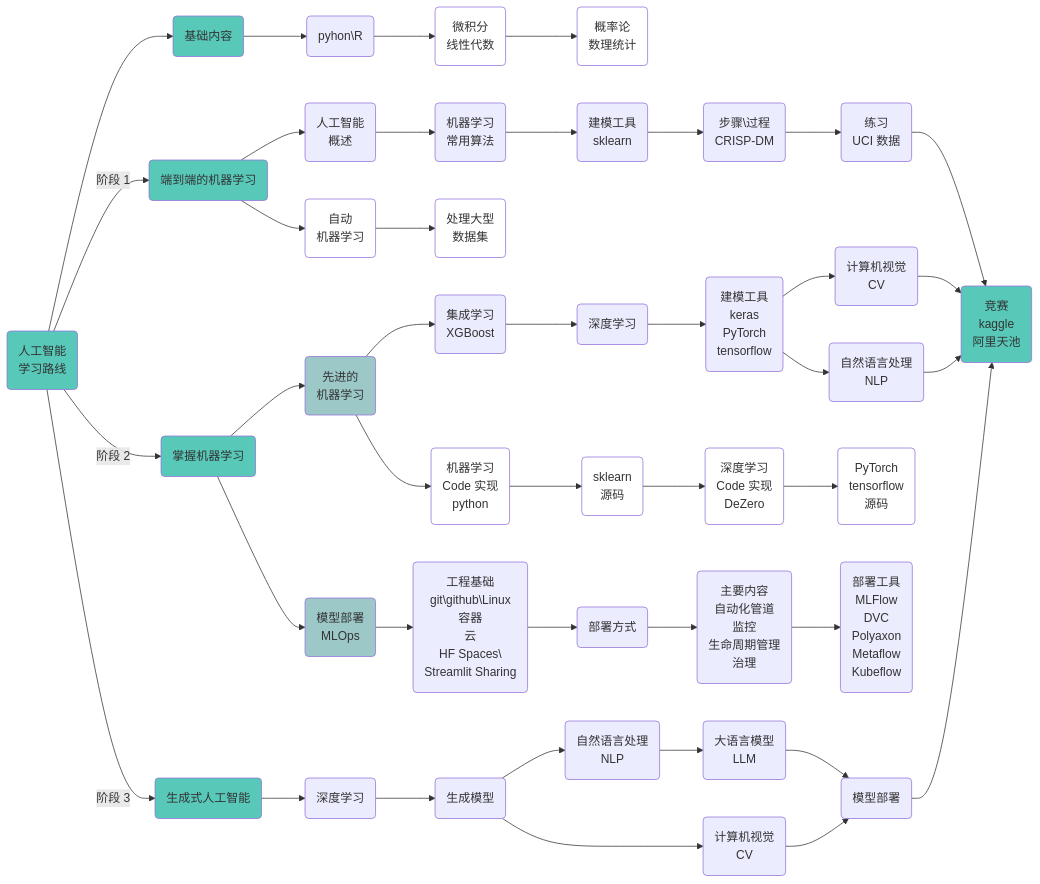
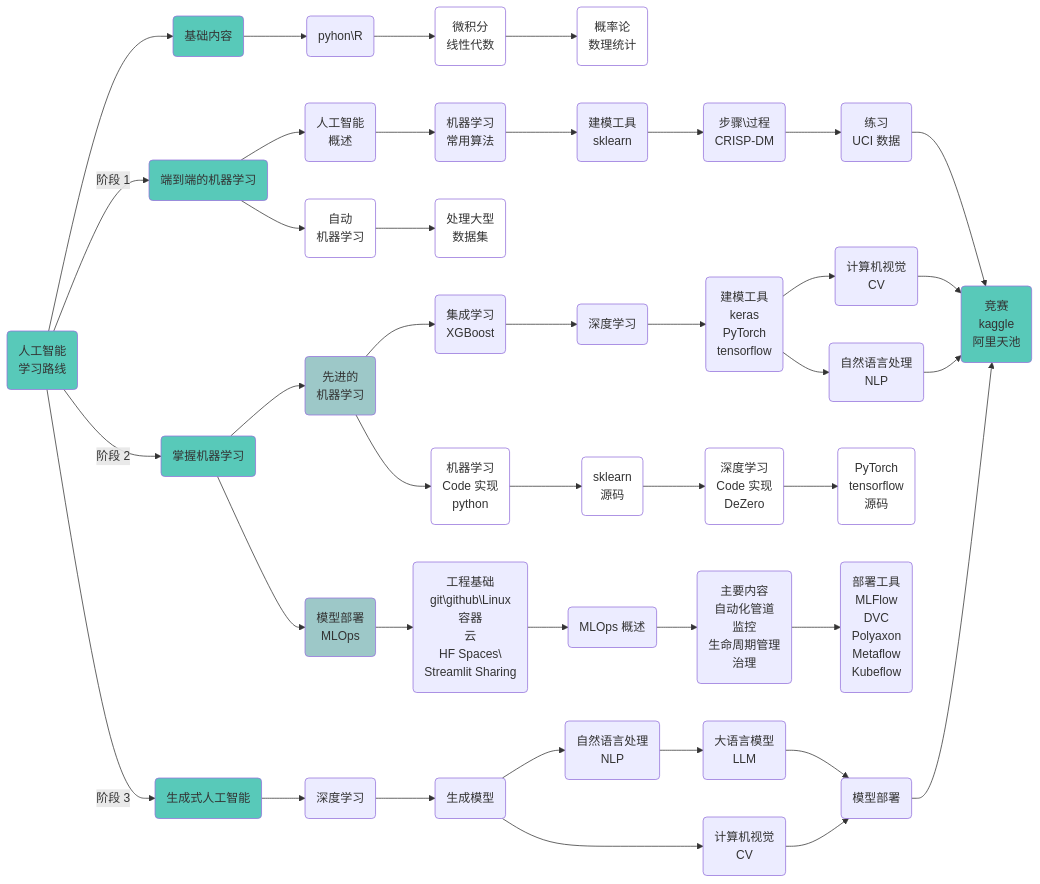
One commit to wenwangjain/wenwangjain.github.io changed the diagram in content/docs/ai/_index.zh-cn.md. Above: the diagram before and after it, drawn with Mermaid.

````diff
--- a/content/docs/ai/_index.zh-cn.md
+++ b/content/docs/ai/_index.zh-cn.md
@@ -13,39 +13,39 @@
 ```mermaid
 flowchart LR
     A(人工智能<br>学习路线):::someclassA --> B(基础内容):::someclassA 
         classDef someclassA fill:#58C9B9
         classDef someclassB fill:#9DC8C8
         classDef someclassC fill:#f100
         classDef someclassD fill:#a3c9c7
     A -- 阶段 1 --> C(端到端的机器学习):::someclassA
     A -- 阶段 2 --> D(掌握机器学习):::someclassA
     A -- 阶段 3 --> E(生成式人工智能):::someclassA
 
     B --> B1(pyhon\R) --> B2(微积分<br>线性代数):::someclassC --> B3(概率论<br>数理统计):::someclassC 
 
     C --> C1(人工智能<br>概述) --> C2(机器学习<br>常用算法) --> C3(建模工具<br>sklearn) --> C4(步骤\过程<br>CRISP-DM) --> C5(练习<br>UCI 数据) 
           C5 --> Z
     C --> C11(自动<br>机器学习):::someclassC  --> C12(处理大型<br>数据集):::someclassC
 
     D --> D1(先进的<br>机器学习):::someclassB
           D1 --> D11(集成学习<br>XGBoost) --> D111(深度学习) --> D112(建模工具<br>keras<br>PyTorch<br>tensorflow)
                  D112 --> D1121(计算机视觉<br>CV)
                  D112 --> D1122(自然语言处理<br>NLP)
                  D1121 --> Z
                  D1122 --> Z
           D1 --> D12(机器学习<br>Code 实现<br>python):::someclassC --> D121(sklearn<br>源码):::someclassC --> D122(深度学习<br>Code 实现<br>DeZero):::someclassC --> D123(PyTorch<br>tensorflow<br>源码):::someclassC
 
     D --> D2(模型部署<br>MLOps):::someclassB
-          D2 --> D211(工程基础<br>git\github\Linux<br>容器<br>云<br>HF Spaces\<br>Streamlit Sharing) --> D212(部署方式) --> D213(主要内容<br>自动化管道<br>监控<br>生命周期管理<br>治理) --> D214(部署工具<br>MLFlow<br>DVC<br>Polyaxon<br>Metaflow<br>Kubeflow) 
+          D2 --> D211(工程基础<br>git\github\Linux<br>容器<br>云<br>HF Spaces\<br>Streamlit Sharing) --> D212(MLOps 概述) --> D213(主要内容<br>自动化管道<br>监控<br>生命周期管理<br>治理) --> D214(部署工具<br>MLFlow<br>DVC<br>Polyaxon<br>Metaflow<br>Kubeflow) 
 
     E --> E10(深度学习) --> E1(生成模型)
           E1 --> E11(自然语言处理<br>NLP) --> E111(大语言模型<br>LLM)
                  E111 --> E2
           E1 --> E12(计算机视觉<br>CV)
                  E12 --> E2
          
           E2(模型部署) --> Z
 
 
     Z(竞赛<br>kaggle<br>阿里天池):::someclassA
 ```
````
